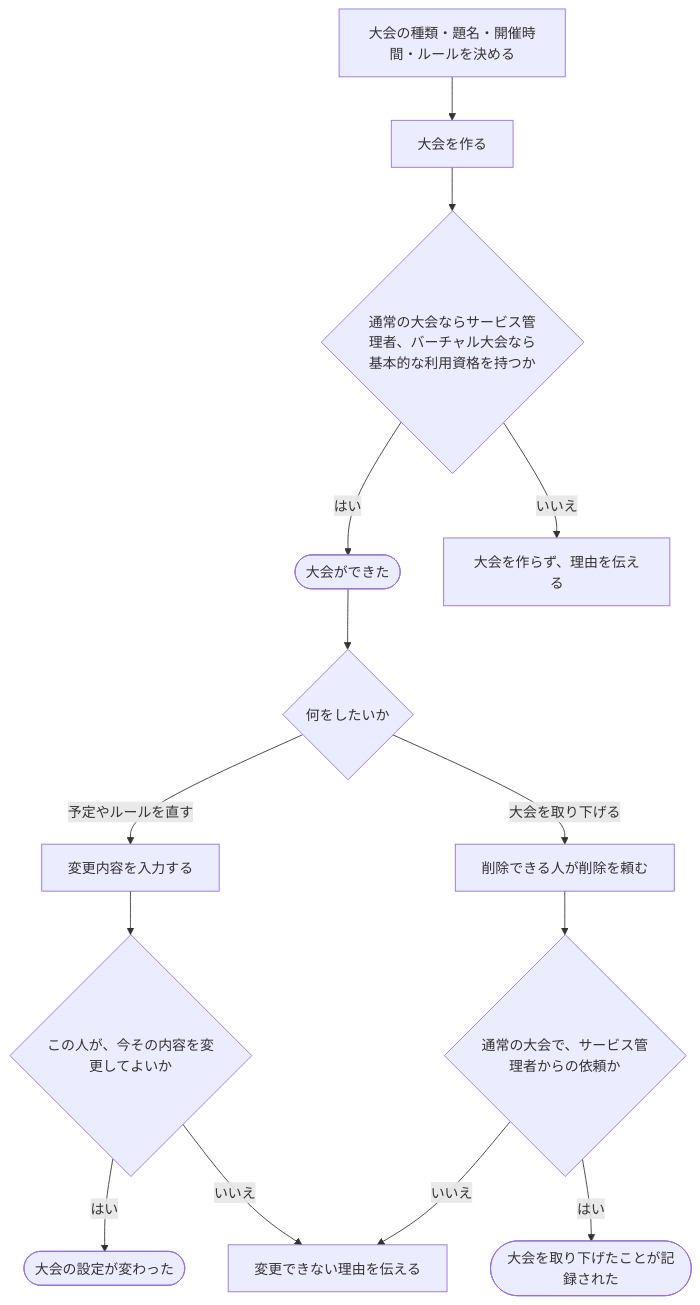
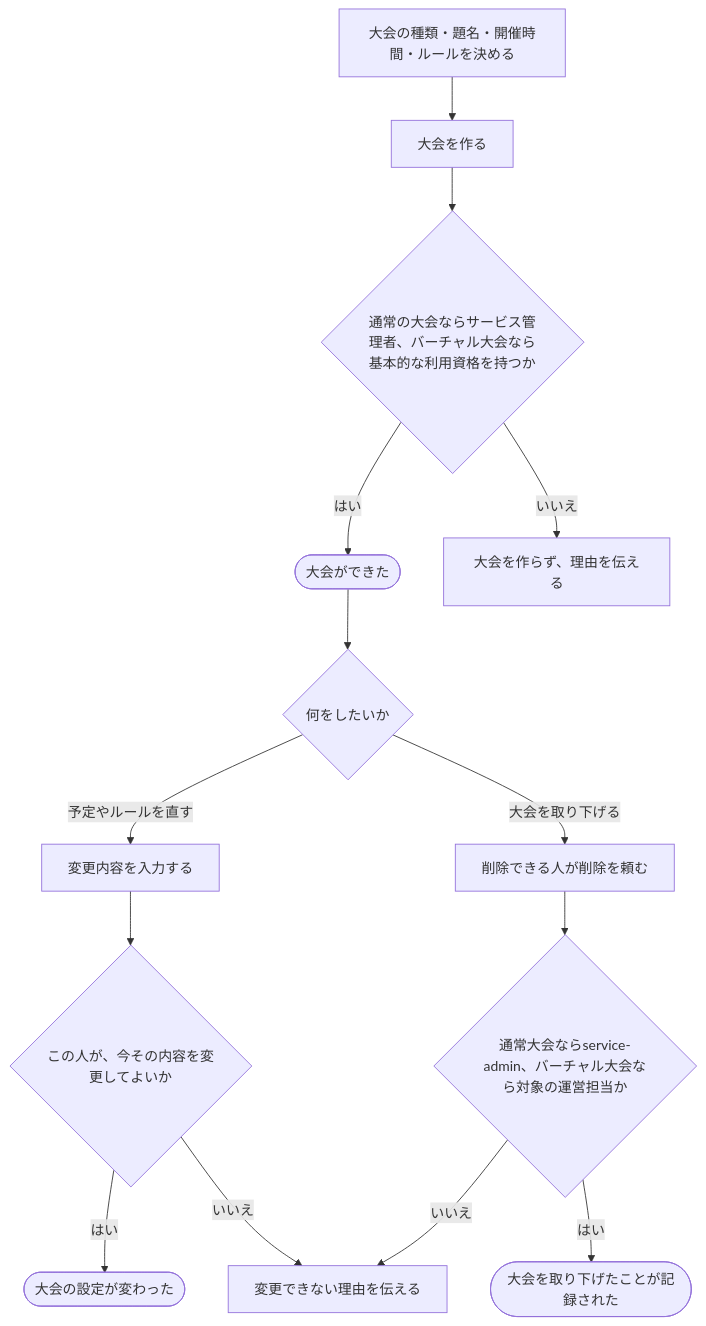
Before and after one commit to traP-jp/traOJudge: the diagram in docs/requirements/scenarios/contests/organize-contest.md, drawn with Mermaid. The commit also changed other lines of this file and 69 other files, not shown here.

````diff
--- a/docs/requirements/scenarios/contests/organize-contest.md
+++ b/docs/requirements/scenarios/contests/organize-contest.md
@@ -28,16 +28,16 @@
 ```mermaid
 flowchart TD
     A["大会の種類・題名・開催時間・ルールを決める"] --> B["大会を作る"]
     B --> BX{"通常の大会ならサービス管理者、バーチャル大会なら基本的な利用資格を持つか"}
     BX -->|はい| C(["大会ができた"])
     BX -->|いいえ| BY["大会を作らず、理由を伝える"]
     C --> D{"何をしたいか"}
     D -->|予定やルールを直す| E["変更内容を入力する"]
     E --> F{"この人が、今その内容を変更してよいか"}
     F -->|はい| G(["大会の設定が変わった"])
     F -->|いいえ| H["変更できない理由を伝える"]
     D -->|大会を取り下げる| I["削除できる人が削除を頼む"]
-    I --> IX{"通常の大会で、サービス管理者からの依頼か"}
+    I --> IX{"通常大会ならservice-admin、バーチャル大会なら対象の運営担当か"}
     IX -->|はい| J(["大会を取り下げたことが記録された"])
     IX -->|いいえ| H
 ```
````
